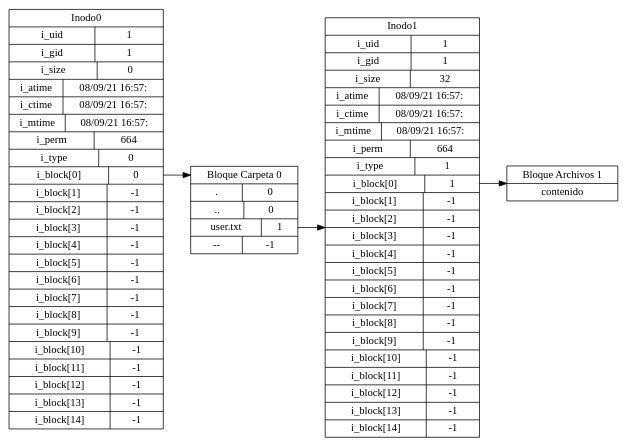
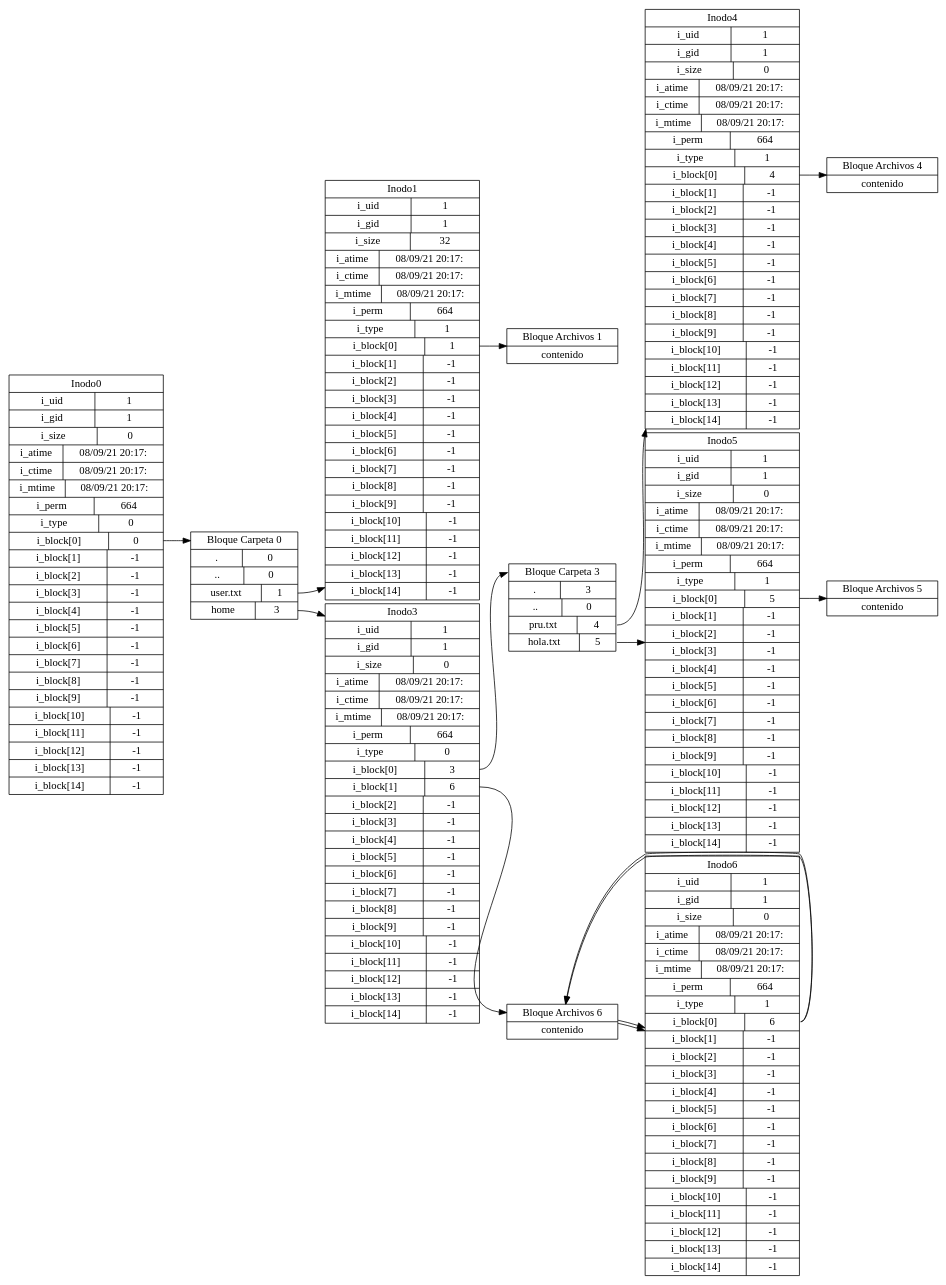
The diagram in MIA_P1/cmake-build-debug/archivoDot1.dot (diemorales96/MIA_P1_201503958), drawn with Graphviz before and after one commit. The commit also changed 44 other files, not shown here.

```diff
--- a/MIA_P1/cmake-build-debug/archivoDot1.dot
+++ b/MIA_P1/cmake-build-debug/archivoDot1.dot
@@ -1,15 +1,42 @@
 digraph MBR{
   nodesep=.05
 rankdir=LR
 node [shape=record,width=.1,height=.1]
-inode0[label="Inodo0|{i_uid|1}|{i_gid|1}|{i_size|0}|{i_atime|08/09/21 16:57:}|{i_ctime|08/09/21 16:57:}|{i_mtime|08/09/21 16:57:}|{i_perm|664}|{i_type|0}|{i_block[0]|<i0>0}|{i_block[1]|-1}|{i_block[2]|-1}|{i_block[3]|-1}|{i_block[4]|-1}|{i_block[5]|-1}|{i_block[6]|-1}|{i_block[7]|-1}|{i_block[8]|-1}|{i_block[9]|-1}|{i_block[10]|-1}|{i_block[11]|-1}|{i_block[12]|-1}|{i_block[13]|-1}|{i_block[14]|-1}"]
+inode0[label="Inodo0|{i_uid|1}|{i_gid|1}|{i_size|0}|{i_atime|08/09/21 20:17:}|{i_ctime|08/09/21 20:17:}|{i_mtime|08/09/21 20:17:}|{i_perm|664}|{i_type|0}|{i_block[0]|<i0>0}|{i_block[1]|-1}|{i_block[2]|-1}|{i_block[3]|-1}|{i_block[4]|-1}|{i_block[5]|-1}|{i_block[6]|-1}|{i_block[7]|-1}|{i_block[8]|-1}|{i_block[9]|-1}|{i_block[10]|-1}|{i_block[11]|-1}|{i_block[12]|-1}|{i_block[13]|-1}|{i_block[14]|-1}"]
 
-node0[label="<b0> Bloque Carpeta 0|{.|<bc00>0}|{..|<bc01>0}|{user.txt|<bc02>1}|{--|<bc03>-1}"]
+node0[label="<b0> Bloque Carpeta 0|{.|<bc00>0}|{..|<bc01>0}|{user.txt|<bc02>1}|{home|<bc03>3}"]
 inode0:i0->node0:b0
-inode1[label="Inodo1|{i_uid|1}|{i_gid|1}|{i_size|32}|{i_atime|08/09/21 16:57:}|{i_ctime|08/09/21 16:57:}|{i_mtime|08/09/21 16:57:}|{i_perm|664}|{i_type|1}|{i_block[0]|<i0>1}|{i_block[1]|-1}|{i_block[2]|-1}|{i_block[3]|-1}|{i_block[4]|-1}|{i_block[5]|-1}|{i_block[6]|-1}|{i_block[7]|-1}|{i_block[8]|-1}|{i_block[9]|-1}|{i_block[10]|-1}|{i_block[11]|-1}|{i_block[12]|-1}|{i_block[13]|-1}|{i_block[14]|-1}"]
+inode1[label="Inodo1|{i_uid|1}|{i_gid|1}|{i_size|32}|{i_atime|08/09/21 20:17:}|{i_ctime|08/09/21 20:17:}|{i_mtime|08/09/21 20:17:}|{i_perm|664}|{i_type|1}|{i_block[0]|<i0>1}|{i_block[1]|-1}|{i_block[2]|-1}|{i_block[3]|-1}|{i_block[4]|-1}|{i_block[5]|-1}|{i_block[6]|-1}|{i_block[7]|-1}|{i_block[8]|-1}|{i_block[9]|-1}|{i_block[10]|-1}|{i_block[11]|-1}|{i_block[12]|-1}|{i_block[13]|-1}|{i_block[14]|-1}"]
 
 node0:bc02->inode1
 node1[label="<b1> Bloque Archivos 1|contenido"]
 inode1:i0->node1
+inode3[label="Inodo3|{i_uid|1}|{i_gid|1}|{i_size|0}|{i_atime|08/09/21 20:17:}|{i_ctime|08/09/21 20:17:}|{i_mtime|08/09/21 20:17:}|{i_perm|664}|{i_type|0}|{i_block[0]|<i0>3}|{i_block[1]|<i1>6}|{i_block[2]|-1}|{i_block[3]|-1}|{i_block[4]|-1}|{i_block[5]|-1}|{i_block[6]|-1}|{i_block[7]|-1}|{i_block[8]|-1}|{i_block[9]|-1}|{i_block[10]|-1}|{i_block[11]|-1}|{i_block[12]|-1}|{i_block[13]|-1}|{i_block[14]|-1}"]
+
+node0:bc03->inode3
+node3[label="<b3> Bloque Carpeta 3|{.|<bc30>3}|{..|<bc31>0}|{pru.txt|<bc32>4}|{hola.txt|<bc33>5}"]
+inode3:i0->node3:b3
+inode4[label="Inodo4|{i_uid|1}|{i_gid|1}|{i_size|0}|{i_atime|08/09/21 20:17:}|{i_ctime|08/09/21 20:17:}|{i_mtime|08/09/21 20:17:}|{i_perm|664}|{i_type|1}|{i_block[0]|<i0>4}|{i_block[1]|-1}|{i_block[2]|-1}|{i_block[3]|-1}|{i_block[4]|-1}|{i_block[5]|-1}|{i_block[6]|-1}|{i_block[7]|-1}|{i_block[8]|-1}|{i_block[9]|-1}|{i_block[10]|-1}|{i_block[11]|-1}|{i_block[12]|-1}|{i_block[13]|-1}|{i_block[14]|-1}"]
+
+node3:bc32->inode4
+node4[label="<b4> Bloque Archivos 4|contenido"]
+inode4:i0->node4
+inode5[label="Inodo5|{i_uid|1}|{i_gid|1}|{i_size|0}|{i_atime|08/09/21 20:17:}|{i_ctime|08/09/21 20:17:}|{i_mtime|08/09/21 20:17:}|{i_perm|664}|{i_type|1}|{i_block[0]|<i0>5}|{i_block[1]|-1}|{i_block[2]|-1}|{i_block[3]|-1}|{i_block[4]|-1}|{i_block[5]|-1}|{i_block[6]|-1}|{i_block[7]|-1}|{i_block[8]|-1}|{i_block[9]|-1}|{i_block[10]|-1}|{i_block[11]|-1}|{i_block[12]|-1}|{i_block[13]|-1}|{i_block[14]|-1}"]
+
+node3:bc33->inode5
+node5[label="<b5> Bloque Archivos 5|contenido"]
+inode5:i0->node5
+node6[label="<b6> Bloque Carpeta 6|{.|<bc60>3}|{..|<bc61>0}|{b1.txt|<bc62>6}|{p.txt|<bc63>6}"]
+inode3:i1->node6:b6
+inode6[label="Inodo6|{i_uid|1}|{i_gid|1}|{i_size|0}|{i_atime|08/09/21 20:17:}|{i_ctime|08/09/21 20:17:}|{i_mtime|08/09/21 20:17:}|{i_perm|664}|{i_type|1}|{i_block[0]|<i0>6}|{i_block[1]|-1}|{i_block[2]|-1}|{i_block[3]|-1}|{i_block[4]|-1}|{i_block[5]|-1}|{i_block[6]|-1}|{i_block[7]|-1}|{i_block[8]|-1}|{i_block[9]|-1}|{i_block[10]|-1}|{i_block[11]|-1}|{i_block[12]|-1}|{i_block[13]|-1}|{i_block[14]|-1}"]
+
+node6:bc62->inode6
+node6[label="<b6> Bloque Archivos 6|contenido"]
+inode6:i0->node6
+inode6[label="Inodo6|{i_uid|1}|{i_gid|1}|{i_size|0}|{i_atime|08/09/21 20:17:}|{i_ctime|08/09/21 20:17:}|{i_mtime|08/09/21 20:17:}|{i_perm|664}|{i_type|1}|{i_block[0]|<i0>6}|{i_block[1]|-1}|{i_block[2]|-1}|{i_block[3]|-1}|{i_block[4]|-1}|{i_block[5]|-1}|{i_block[6]|-1}|{i_block[7]|-1}|{i_block[8]|-1}|{i_block[9]|-1}|{i_block[10]|-1}|{i_block[11]|-1}|{i_block[12]|-1}|{i_block[13]|-1}|{i_block[14]|-1}"]
+
+node6:bc63->inode6
+node6[label="<b6> Bloque Archivos 6|contenido"]
+inode6:i0->node6
 
 }
```
